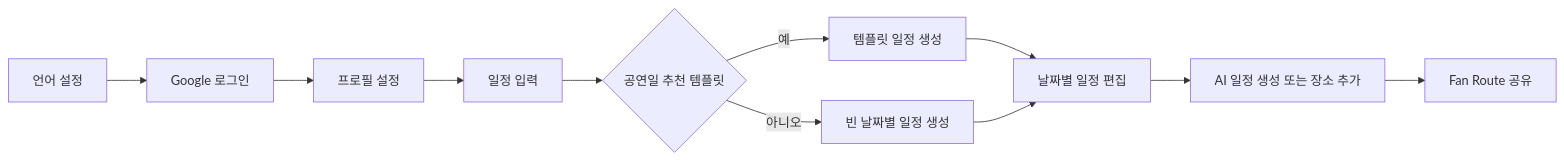
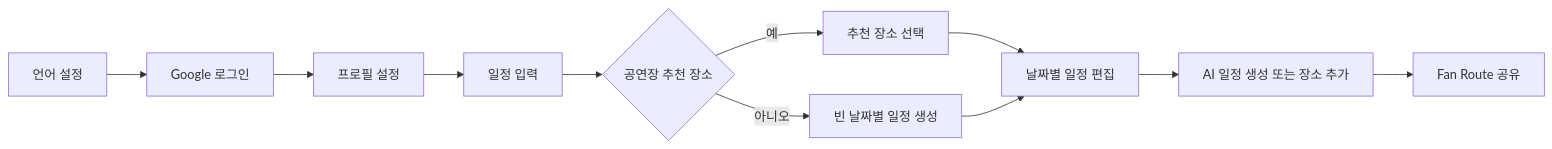
One commit to fanroute-sync/fanroute-sync-api changed the diagram in docs/project/wireframe.md. Above: the diagram before and after it, drawn with Mermaid. The commit also changed other lines of this file and 42 other files, not shown here.

````diff
--- a/docs/project/wireframe.md
+++ b/docs/project/wireframe.md
@@ -19,13 +19,13 @@
 ```mermaid
 flowchart LR
   A[언어 설정] --> B[Google 로그인]
   B --> C[프로필 설정]
   C --> D[일정 입력]
-  D --> E{공연일 추천 템플릿}
-  E -->|예| F[템플릿 일정 생성]
+  D --> E{공연장 추천 장소}
+  E -->|예| F[추천 장소 선택]
   E -->|아니오| G[빈 날짜별 일정 생성]
   F --> H[날짜별 일정 편집]
   G --> H
   H --> I[AI 일정 생성 또는 장소 추가]
   I --> J[Fan Route 공유]
 ```
````
